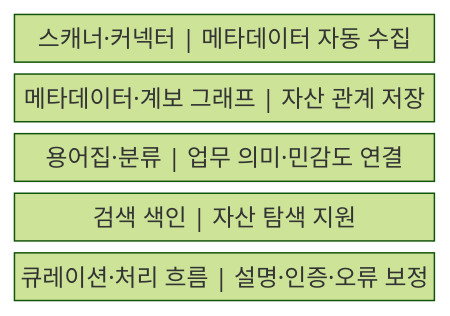
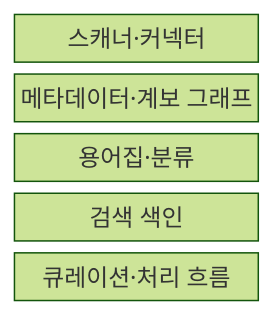
Before and after one commit to agnusdei1207/knowledge-base: the first of 2 diagrams in src/content/docs/notes/03-software/133_data_catalog.md, drawn with Mermaid (forest theme). The commit also changed other lines of this file and 238 other files, not shown here.

````diff
--- a/src/content/docs/notes/03-software/133_data_catalog.md
+++ b/src/content/docs/notes/03-software/133_data_catalog.md
@@ -57,9 +57,9 @@
 ```mermaid
-block
+block-beta
     columns 1
-    A["스캐너·커넥터 | 메타데이터 자동 수집"]
-    B["메타데이터·계보 그래프 | 자산 관계 저장"]
-    C["용어집·분류 | 업무 의미·민감도 연결"]
-    D["검색 색인 | 자산 탐색 지원"]
-    E["큐레이션·처리 흐름 | 설명·인증·오류 보정"]
+    A["스캐너·커넥터"]
+    B["메타데이터·계보 그래프"]
+    C["용어집·분류"]
+    D["검색 색인"]
+    E["큐레이션·처리 흐름"]
 ```
````
